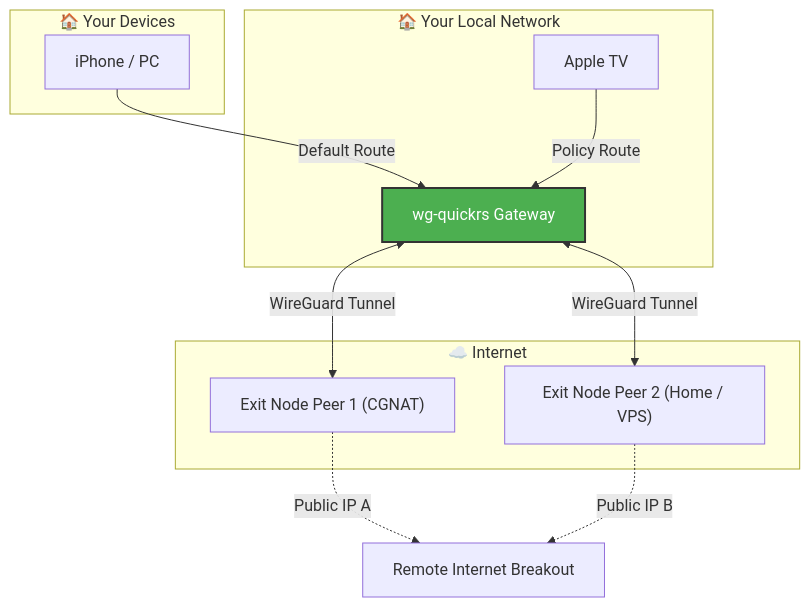
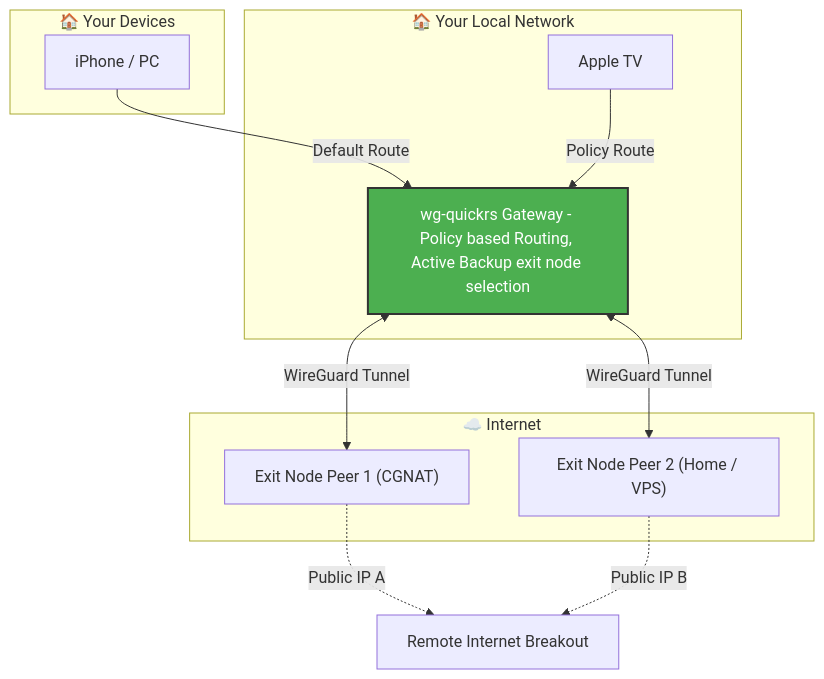
One commit to grizzy255/wg-quickrs-router changed the diagram in README.md. Above: the diagram before and after it, drawn with Mermaid.

Commit message:
fix: Remove HTML tags from mermaid diagram for GitHub compatibility

````diff
--- a/README.md
+++ b/README.md
@@ -33,28 +33,28 @@
 ```mermaid
 flowchart TD
     subgraph LAN ["🏠 Your Local Network"]
         ATV["Apple TV"]
-        Gateway["wg-quickrs Gateway"]
+        Gateway["wg-quickrs Gateway - Policy based Routing, Active Backup exit node selection"]
     end
 
     subgraph Local Internet ["🏠 Your Devices"]
         iPhone["iPhone / PC"]
-        Gateway["wg-quickrs Gateway"]
+        Gateway["wg-quickrs Gateway - Policy based Routing, Active Backup exit node selection"]
     end
 
     subgraph Internet ["☁️ Internet"]
         Remote1["Exit Node Peer 1 (CGNAT)"]
         Remote2["Exit Node Peer 2 (Home / VPS)"]
     end
 
     iPhone -->|Default Route| Gateway
     ATV -->|Policy Route| Gateway
     
     Gateway <-->|WireGuard Tunnel| Remote1
     Gateway <-->|WireGuard Tunnel| Remote2
     
     Remote1 -.->|Public IP A| World["Remote Internet Breakout"]
     Remote2 -.->|Public IP B| World
 
     style Gateway fill:#4CAF50,stroke:#333,stroke-width:2px,color:#fff
 ```
````
